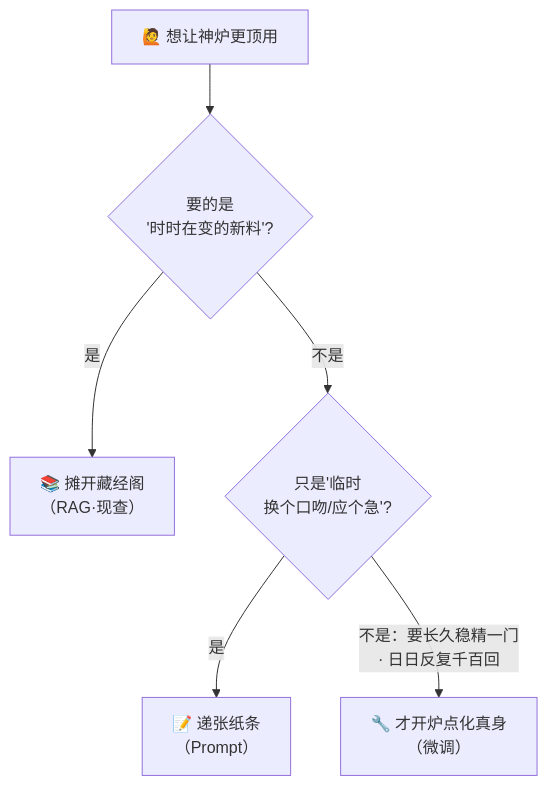
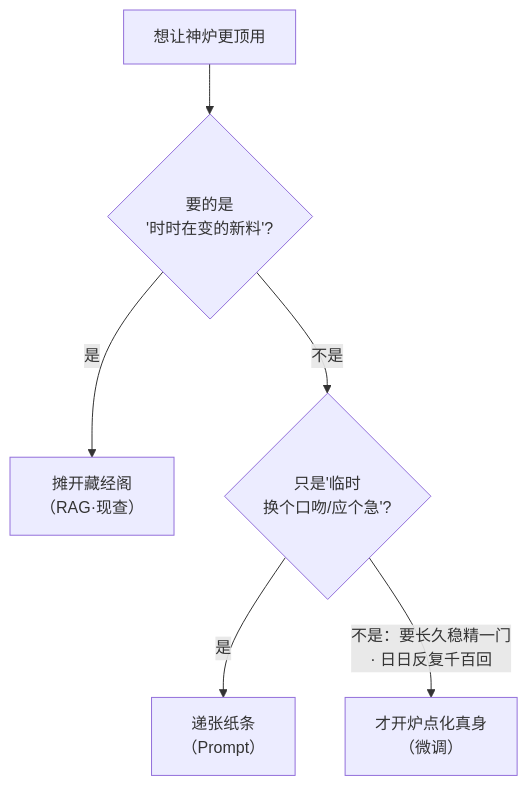
Before and after one commit to luckykhy/KhyAiHub: the fourth of 4 diagrams in docs/09_STORY_修仙学AI/STORY-番外/[STORY-番外-111] 番外12·点化真身·因材塑形.md, drawn with Mermaid. The commit also changed other lines of this file and 19 other files, not shown here.

````diff
--- a/docs/09_STORY_修仙学AI/STORY-番外/[STORY-番外-111] 番外12·点化真身·因材塑形.md
+++ b/docs/09_STORY_修仙学AI/STORY-番外/[STORY-番外-111] 番外12·点化真身·因材塑形.md
@@ -145,8 +145,8 @@
 ```mermaid
 flowchart TB
-  START["🙋 想让神炉更顶用"] --> Q1{"要的是<br/>'时时在变的新料'?"}
-  Q1 -->|"是"| RAG["📚 摊开藏经阁<br/>（RAG·现查）"]
+  START["想让神炉更顶用"] --> Q1{"要的是<br/>'时时在变的新料'?"}
+  Q1 -->|"是"| RAG["摊开藏经阁<br/>（RAG·现查）"]
   Q1 -->|"不是"| Q2{"只是'临时<br/>换个口吻/应个急'?"}
-  Q2 -->|"是"| NOTE["📝 递张纸条<br/>（Prompt）"]
-  Q2 -->|"不是：要长久稳精一门<br/>· 日日反复千百回"| DIAN["🔧 才开炉点化真身<br/>（微调）"]
+  Q2 -->|"是"| NOTE["递张纸条<br/>（Prompt）"]
+  Q2 -->|"不是：要长久稳精一门<br/>· 日日反复千百回"| DIAN["才开炉点化真身<br/>（微调）"]
 ```
````
